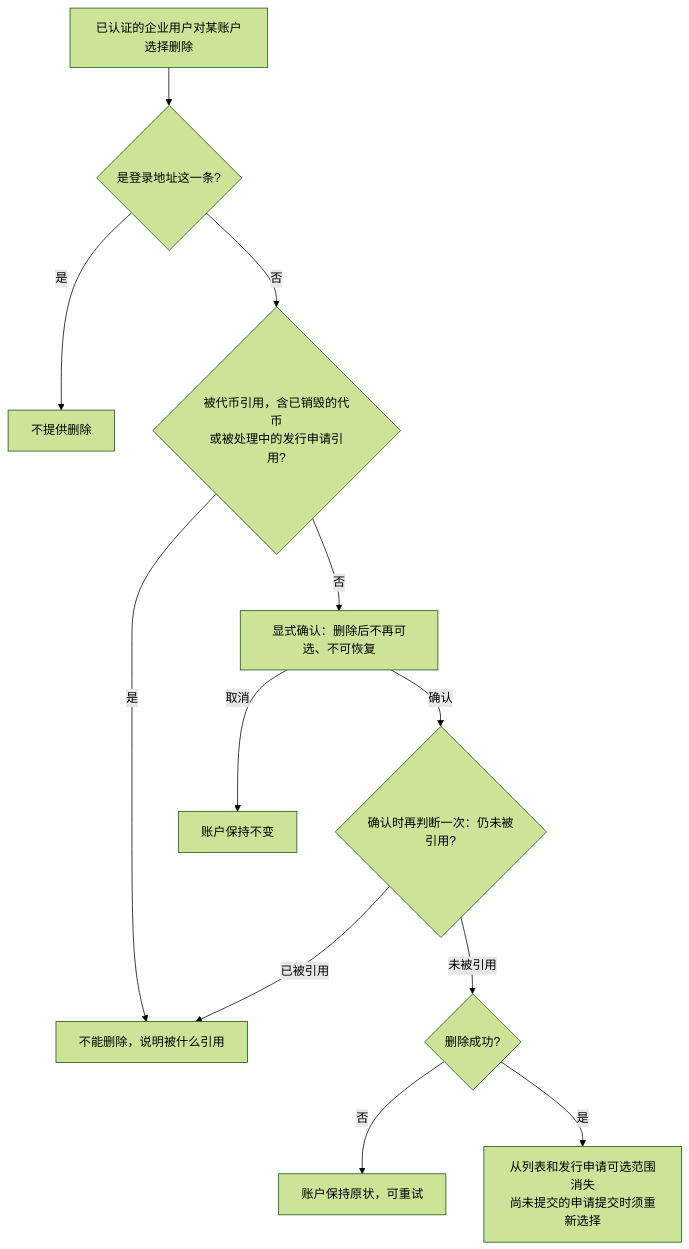
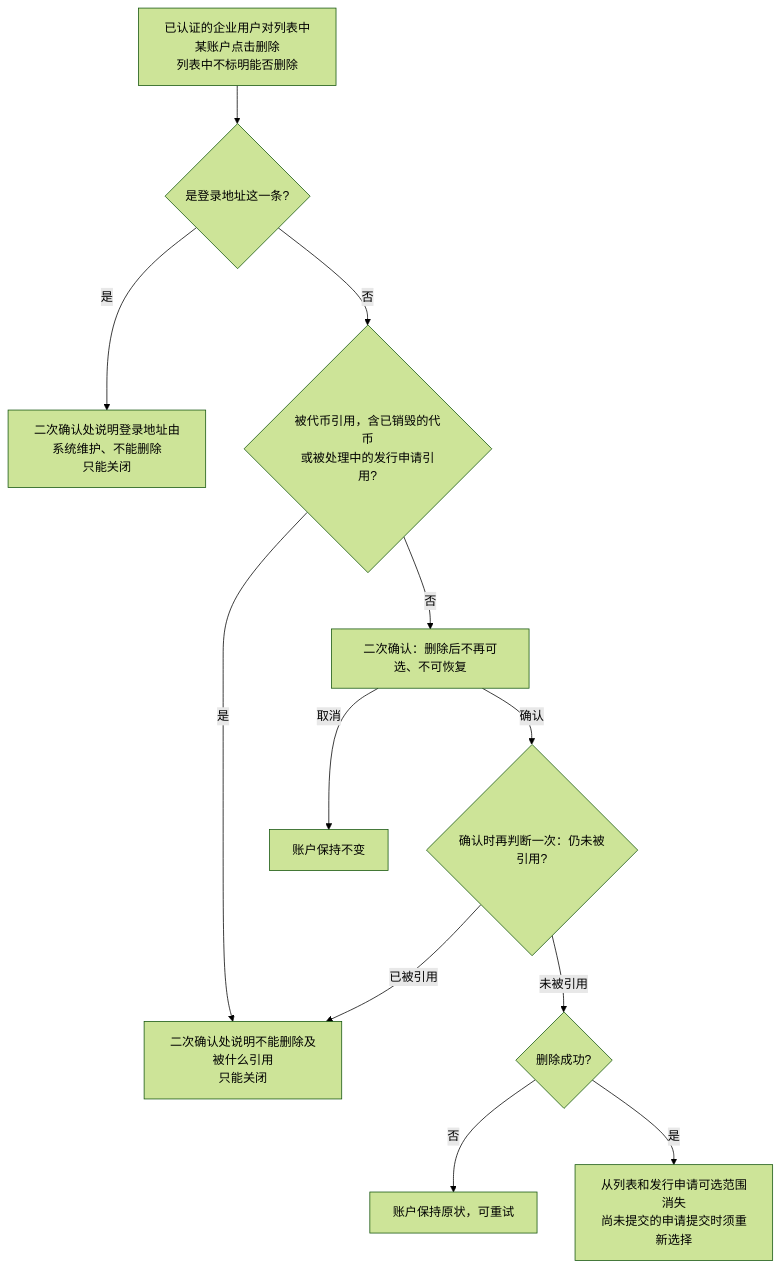
One commit to wxblockchain/Chain-Financing changed the fourth of 8 diagrams in token-issuance-platform/PRD/v1.0-企业登录与企业账户-流程图与状态机.md. Above: the diagram before and after it, drawn with Mermaid (forest theme). The commit also changed other lines of this file and 2 other files, not shown here.

````diff
--- a/token-issuance-platform/PRD/v1.0-企业登录与企业账户-流程图与状态机.md
+++ b/token-issuance-platform/PRD/v1.0-企业登录与企业账户-流程图与状态机.md
@@ -94,14 +97,14 @@
 ```mermaid
 flowchart TD
-    A[已认证的企业用户对某账户选择删除] --> B{是登录地址这一条?}
-    B -->|是| B1[不提供删除]
+    A[已认证的企业用户对列表中某账户点击删除<br/>列表中不标明能否删除] --> B{是登录地址这一条?}
+    B -->|是| B1[二次确认处说明登录地址由系统维护、不能删除<br/>只能关闭]
     B -->|否| C{被代币引用，含已销毁的代币<br/>或被处理中的发行申请引用?}
-    C -->|是| C1[不能删除，说明被什么引用]
-    C -->|否| D[显式确认：删除后不再可选、不可恢复]
+    C -->|是| C1[二次确认处说明不能删除及被什么引用<br/>只能关闭]
+    C -->|否| D[二次确认：删除后不再可选、不可恢复]
     D -->|取消| D1[账户保持不变]
     D -->|确认| E{确认时再判断一次：仍未被引用?}
     E -->|已被引用| C1
     E -->|未被引用| F{删除成功?}
     F -->|否| F1[账户保持原状，可重试]
     F -->|是| G[从列表和发行申请可选范围消失<br/>尚未提交的申请提交时须重新选择]
 ```
````
